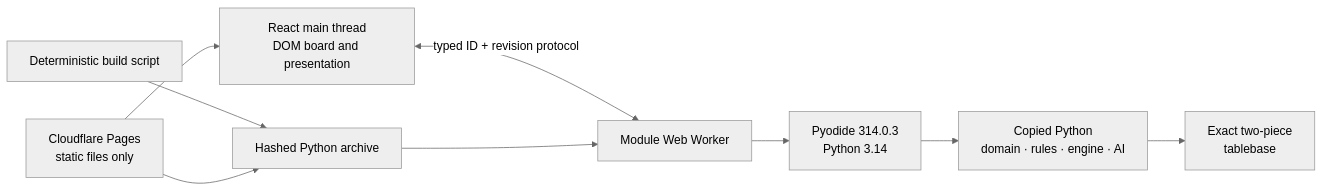
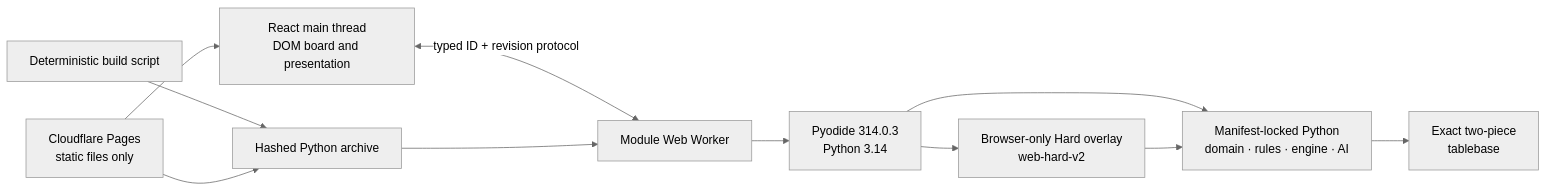
One commit to xmiao76/gpt_jungle_web changed the diagram in README.md. Above: the diagram before and after it, drawn with Mermaid (neutral theme). The commit also changed other lines of this file and 27 other files, not shown here.

````diff
--- a/README.md
+++ b/README.md
@@ -66,11 +67,13 @@
 ```mermaid
 flowchart LR
     UI[React main thread<br/>DOM board and presentation] <-->|typed ID + revision protocol| W[Module Web Worker]
     W --> P[Pyodide 314.0.3<br/>Python 3.14]
-    P --> E[Copied Python<br/>domain · rules · engine · AI]
+    P --> E[Manifest-locked Python<br/>domain · rules · engine · AI]
+    P --> H[Browser-only Hard overlay<br/>web-hard-v2]
     E --> T[Exact two-piece<br/>tablebase]
+    H --> E
     B[Deterministic build script] --> Z[Hashed Python archive]
     Z --> W
     C[Cloudflare Pages<br/>static files only] --> UI
     C --> Z
 ```
````
